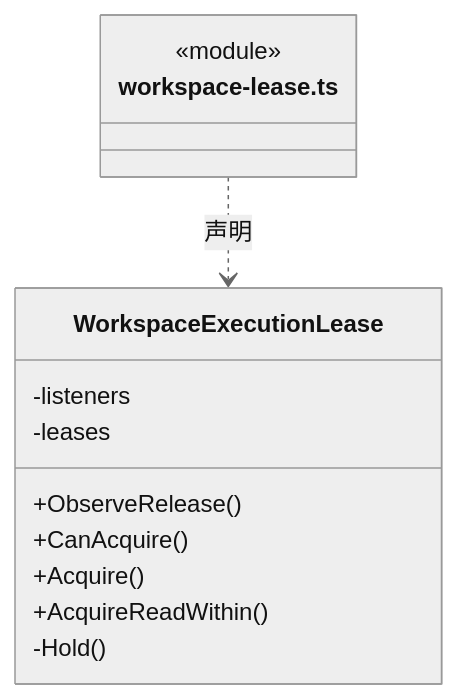
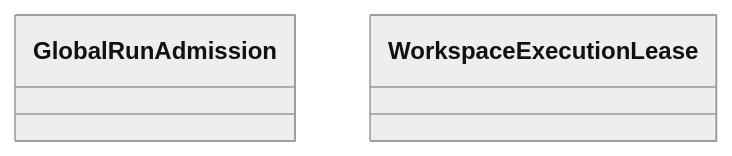
Before and after one commit to nan023062/cbim: the diagram in src/logic/execution/admission/ARCHITECTURE.md, drawn with Mermaid (neutral theme). The commit also changed other lines of this file and 158 other files, not shown here.

Commit message:
docs: model architecture through nested virtual encapsulations

````diff
--- a/src/logic/execution/admission/ARCHITECTURE.md
+++ b/src/logic/execution/admission/ARCHITECTURE.md
@@ -176,16 +20,7 @@
 ```mermaid
 classDiagram
-class N_src_logic_execution_admission_workspace_lease_ts["workspace-lease.ts"] {
-  <<module>>
-}
-class N_src_logic_execution_admission_workspace_lease_ts_WorkspaceExecutionLease["WorkspaceExecutionLease"] {
-  +ObserveRelease()
-  +CanAcquire()
-  +Acquire()
-  +AcquireReadWithin()
-  -listeners
-  -leases
-  -Hold()
-}
-N_src_logic_execution_admission_workspace_lease_ts ..> N_src_logic_execution_admission_workspace_lease_ts_WorkspaceExecutionLease : 声明
+class N_8f845963282f["GlobalRunAdmission"]
+click N_8f845963282f href "run-admission.ts"
+class N_ecf8ed39e0fc["WorkspaceExecutionLease"]
+click N_ecf8ed39e0fc href "workspace-lease.ts"
 ```
````
